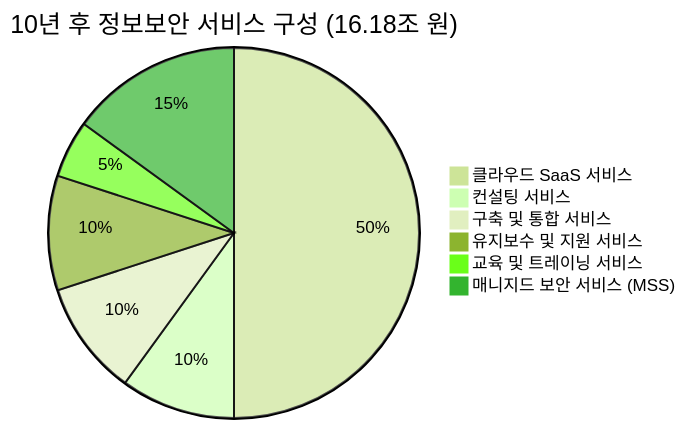
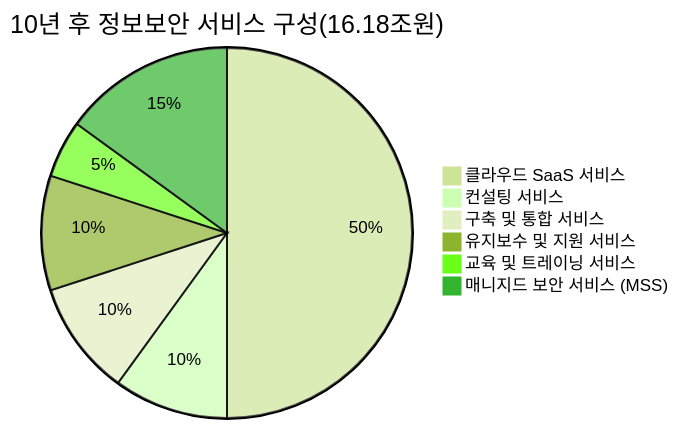
One commit to QubitSecurity/Market changed the second of 4 diagrams in kr/forecast.md. Above: the diagram before and after it, drawn with Mermaid (forest theme). The commit also changed other lines of this file, not shown here.

````diff
--- a/kr/forecast.md
+++ b/kr/forecast.md
@@ -48,9 +48,9 @@
 ```mermaid
-pie title 10년 후 정보보안 서비스 구성 (16.18조 원)
+pie title 10년 후 정보보안 서비스 구성(16.18조원)
     "클라우드 SaaS 서비스" : 50
     "컨설팅 서비스" : 10
     "구축 및 통합 서비스" : 10
     "유지보수 및 지원 서비스" : 10
     "교육 및 트레이닝 서비스" : 5
     "매니지드 보안 서비스 (MSS)" : 15
 ```
````
